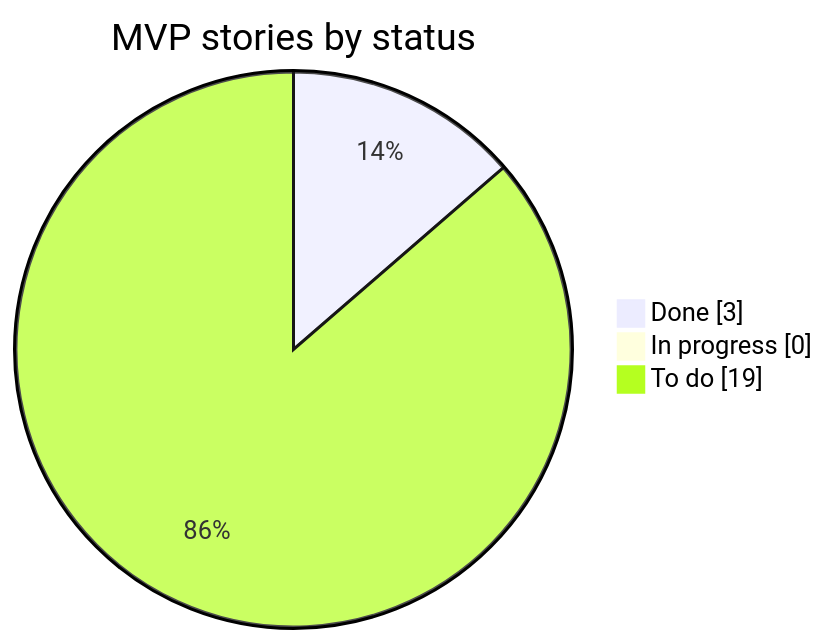
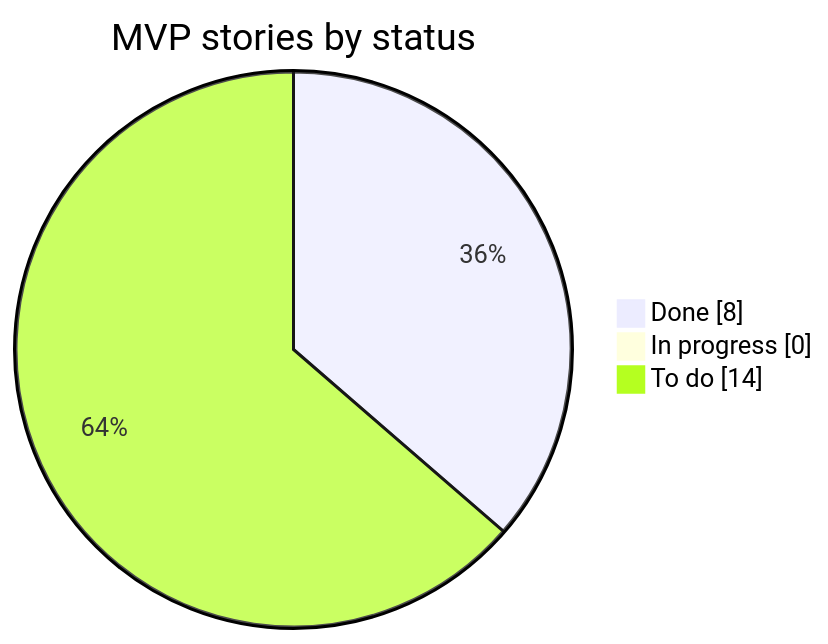
Before and after one commit to gabriel-bolbotina/Simplr: the third of 3 diagrams in docs/04-roadmap.md, drawn with Mermaid. The commit also changed 3 other files, not shown here.

````diff
--- a/docs/04-roadmap.md
+++ b/docs/04-roadmap.md
@@ -59,7 +59,7 @@
 ```mermaid
 pie showData
     title MVP stories by status
-    "Done" : 3
+    "Done" : 8
     "In progress" : 0
-    "To do" : 19
+    "To do" : 14
 ```
````
